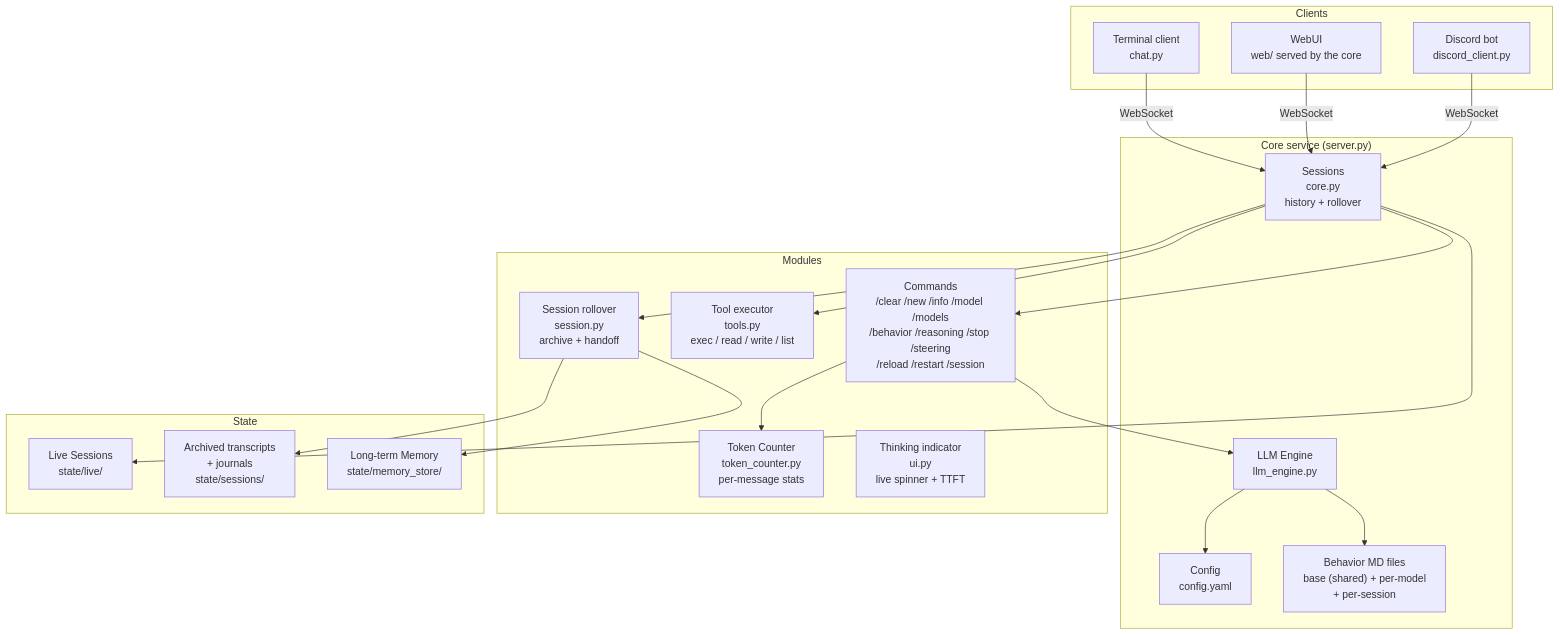
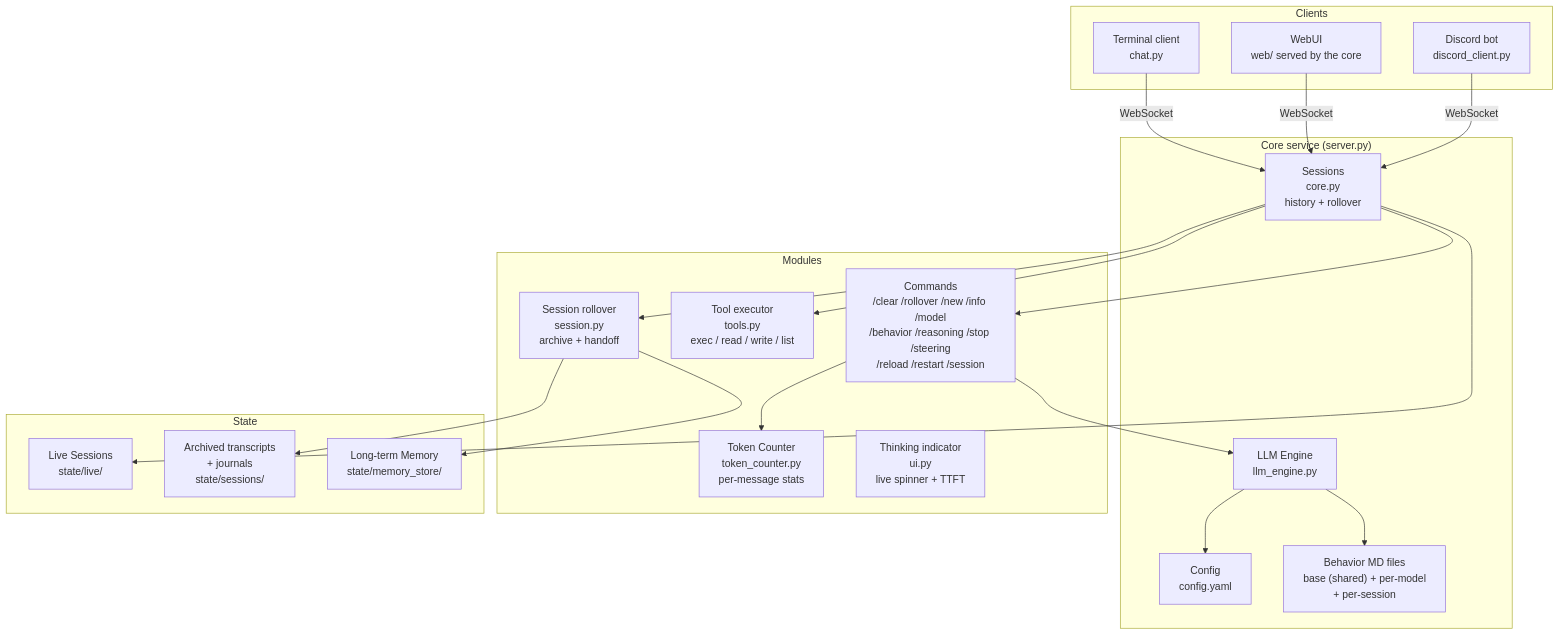
The first of 3 diagrams in README.md (goluckyryan/letsClaw), drawn with Mermaid before and after one commit. The commit also changed other lines of this file and 6 other files, not shown here.

````diff
--- a/README.md
+++ b/README.md
@@ -143,43 +143,43 @@
 ```mermaid
 graph TD
     subgraph Clients
         REPL[Terminal client\nchat.py]
         Web[WebUI\nweb/ served by the core]
         Disc[Discord bot\ndiscord_client.py]
     end
 
     subgraph Core["Core service (server.py)"]
         Sessions2[Sessions\ncore.py\nhistory + rollover]
         Engine[LLM Engine\nllm_engine.py]
         Config[Config\nconfig.yaml]
         ModelFile["Behavior MD files\nbase (shared) + per-model\n+ per-session"]
     end
 
     subgraph Modules
-        Cmds[Commands\n/clear /new /info /model /models\n/behavior /reasoning /stop /steering\n/reload /restart /session]
+        Cmds[Commands\n/clear /rollover /new /info /model\n/behavior /reasoning /stop /steering\n/reload /restart /session]
         TokenCounter[Token Counter\ntoken_counter.py\nper-message stats]
         ThinkingUI[Thinking indicator\nui.py\nlive spinner + TTFT]
         Tools[Tool executor\ntools.py\nexec / read / write / list]
         Roll[Session rollover\nsession.py\narchive + handoff]
     end
 
     subgraph State
         Live[Live Sessions\nstate/live/]
         Sessions[Archived transcripts\n+ journals\nstate/sessions/]
         Memory[Long-term Memory\nstate/memory_store/]
     end
 
     REPL -->|WebSocket| Sessions2
     Web -->|WebSocket| Sessions2
     Disc -->|WebSocket| Sessions2
     Sessions2 --> Cmds
     Sessions2 --> Tools
     Sessions2 --> Roll
     Sessions2 --> Live
     Roll --> Sessions
     Roll --> Memory
     Cmds --> Engine
     Engine --> Config
     Engine --> ModelFile
     Cmds --> TokenCounter
 ```
````
